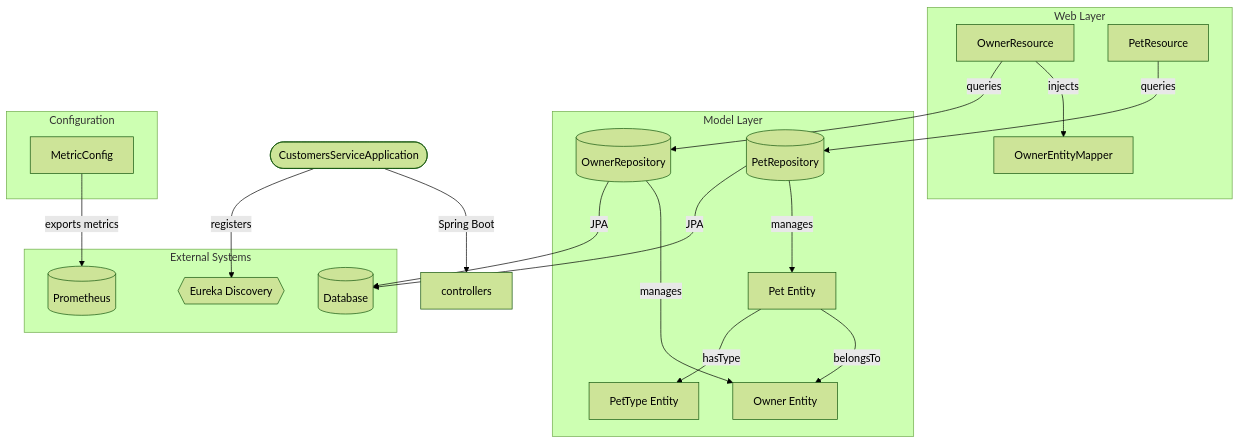
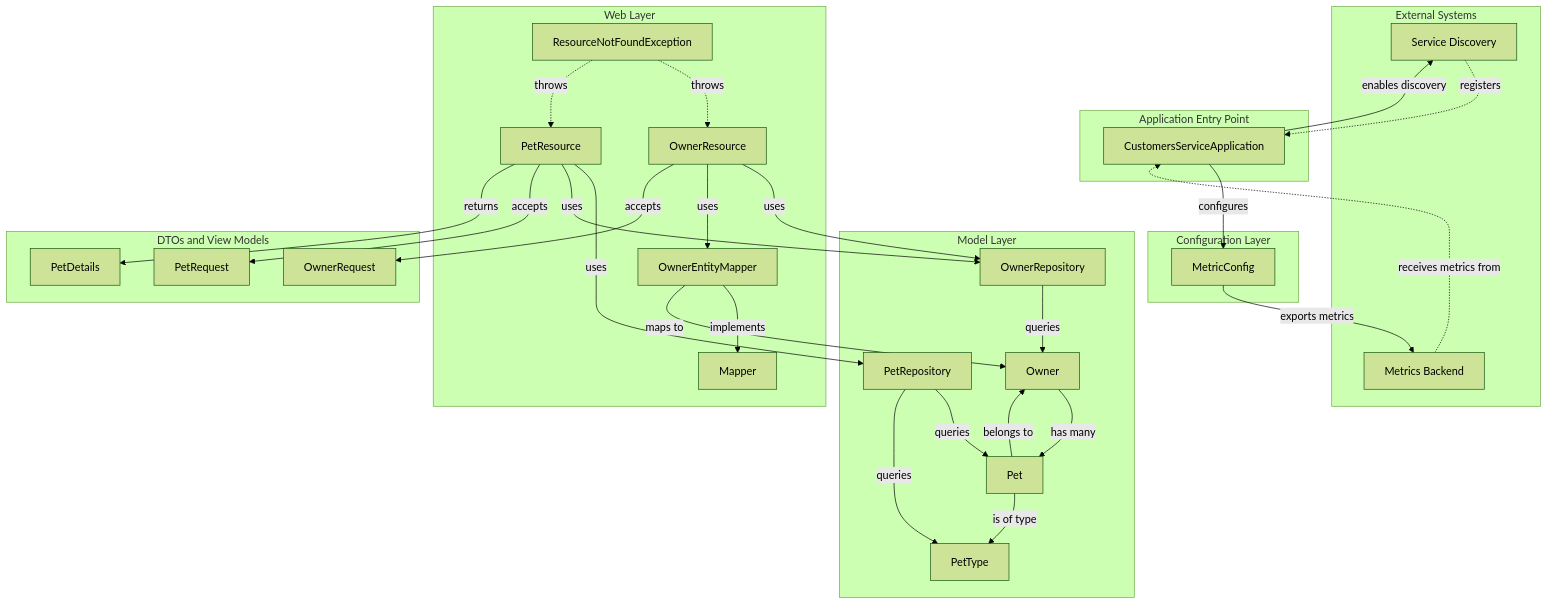
One commit to audoclyphia-evals/petclinic-customers-service changed the first of 3 diagrams in CONTRIBUTING.md. Above: the diagram before and after it, drawn with Mermaid (forest theme). The commit also changed other lines of this file and 6 other files, not shown here.

````diff
--- a/CONTRIBUTING.md
+++ b/CONTRIBUTING.md
@@ -7,52 +7,75 @@
 ```mermaid
 flowchart TB
-    %% Source: Context #1, Context #5 - CustomersServiceApplication.java
-    app([CustomersServiceApplication]) -->|Spring Boot| controllers
+    %% System Architecture for petclinic-customers-service microservice
+    %% Evidence-based diagram using code context
 
-    subgraph Web_Tier [Web Layer]
-        %% Source: Context #5 - OwnerResource.java, PetResource.java
-        owner_resource[OwnerResource]
-        pet_resource[PetResource]
-        %% Source: Context #5 - OwnerEntityMapper.java
-        owner_mapper[OwnerEntityMapper]
+    %% External Systems Tier
+    subgraph External_Systems [External Systems]
+        SD[Service Discovery]
+        MB[Metrics Backend]
     end
 
-    subgraph Model_Tier [Model Layer]
-        %% Source: Context #5 - Owner.java, Pet.java, PetType.java
-        owner[Owner Entity]
-        pet[Pet Entity]
-        pet_type[PetType Entity]
-        %% Source: Context #5 - OwnerRepository.java, PetRepository.java
-        owner_repo[(OwnerRepository)]
-        pet_repo[(PetRepository)]
+    %% Application Entry Point
+    subgraph Application_Tier [Application Entry Point]
+        CSA[CustomersServiceApplication]
     end
 
-    subgraph Config_Tier [Configuration]
-        %% Source: Context #5 - MetricConfig.java
-        metric_config[MetricConfig]
+    %% Web Layer Tier
+    subgraph Web_Layer [Web Layer]
+        OR[OwnerResource]
+        PR[PetResource]
+        RNF[ResourceNotFoundException]
+        OEM[OwnerEntityMapper]
+        MAPPER[Mapper]
     end
 
-    subgraph External_Tier [External Systems]
-        %% Source: Context #4 - pom.xml (MySQL, Eureka, Prometheus)
-        db[(Database)]
-        eureka{{Eureka Discovery}}
-        prometheus[(Prometheus)]
+    %% Model Layer Tier
+    subgraph Model_Layer [Model Layer]
+        OWN[Owner]
+        PET[Pet]
+        PT[PetType]
+        ORR[OwnerRepository]
+        PRP[PetRepository]
     end
 
-    %% Web Layer connections
-    owner_resource -->|injects| owner_mapper
-    owner_resource -->|queries| owner_repo
-    pet_resource -->|queries| pet_repo
+    %% Configuration Tier
+    subgraph Config_Layer [Configuration Layer]
+        MC[MetricConfig]
+    end
 
-    %% Model Layer connections
-    owner_repo -->|manages| owner
-    pet_repo -->|manages| pet
-    pet -->|belongsTo| owner
-    pet -->|hasType| pet_type
+    %% DTO/View Model Tier
+    subgraph DTO_Tier [DTOs and View Models]
+        OREQ[OwnerRequest]
+        PREQ[PetRequest]
+        PDET[PetDetails]
+    end
+
+    %% Relationships
+    CSA -->|enables discovery| SD
+    CSA -->|configures| MC
+    MC -->|exports metrics| MB
+
+    OR -->|uses| ORR
+    OR -->|uses| OEM
+    PR -->|uses| PRP
+    PR -->|uses| ORR
+    RNF -.->|throws| OR
+    RNF -.->|throws| PR
+
+    OEM -->|implements| MAPPER
+    OEM -->|maps to| OWN
+    OR -->|accepts| OREQ
+    PR -->|accepts| PREQ
+    PR -->|returns| PDET
+
+    ORR -->|queries| OWN
+    PRP -->|queries| PET
+    PRP -->|queries| PT
+    OWN -->|has many| PET
+    PET -->|belongs to| OWN
+    PET -->|is of type| PT
 
     %% External connections
-    owner_repo -->|JPA| db
-    pet_repo -->|JPA| db
-    app -->|registers| eureka
-    metric_config -->|exports metrics| prometheus
+    SD -.->|registers| CSA
+    MB -.->|receives metrics from| CSA
 ```
````
